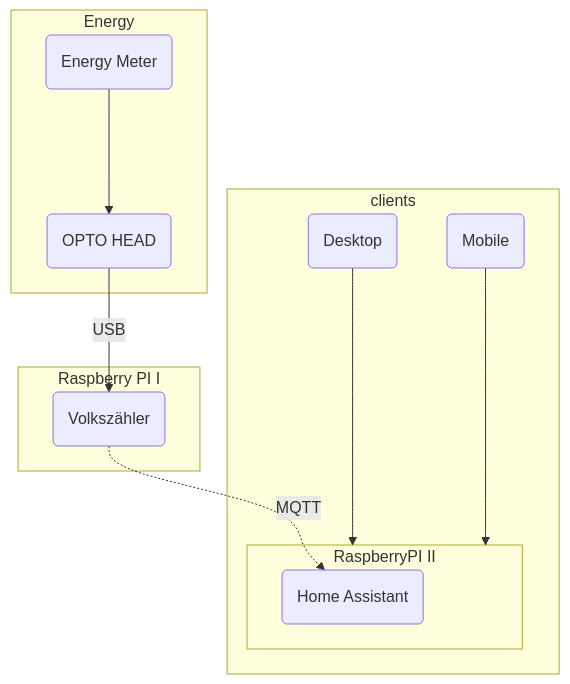
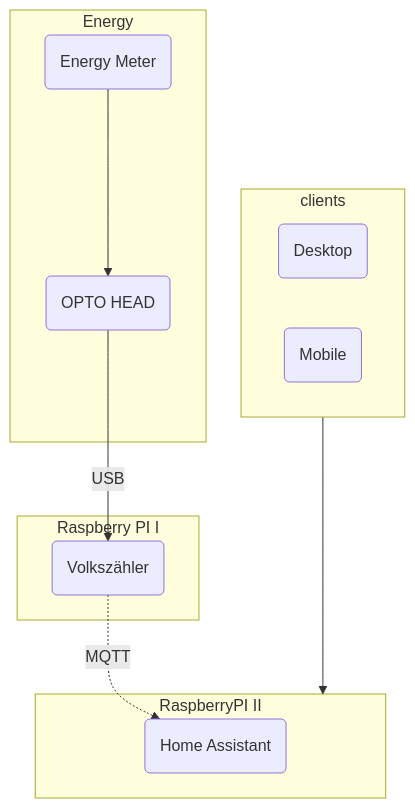
The diagram in README.md (rangulvers/smart_meter_setup), drawn with Mermaid before and after one commit.

````diff
--- a/README.md
+++ b/README.md
@@ -10,18 +10,19 @@
 ```mermaid
 
 flowchart TB
         subgraph Energy
         A(Energy Meter) ---> B(OPTO HEAD)        
         end
         subgraph sub1 [Raspberry PI I]
         B --USB--> C(Volkszähler)
         end
         subgraph sub2 [RaspberryPI II]
         C -.MQTT.-> D(Home Assistant)
         end
         subgraph clients
-        E(Desktop) ---> sub2
-        F(Mobile) ---> sub2
+        E(Desktop)
+        F(Mobile)
         end
+        clients ---> sub2
         
 ```
````
